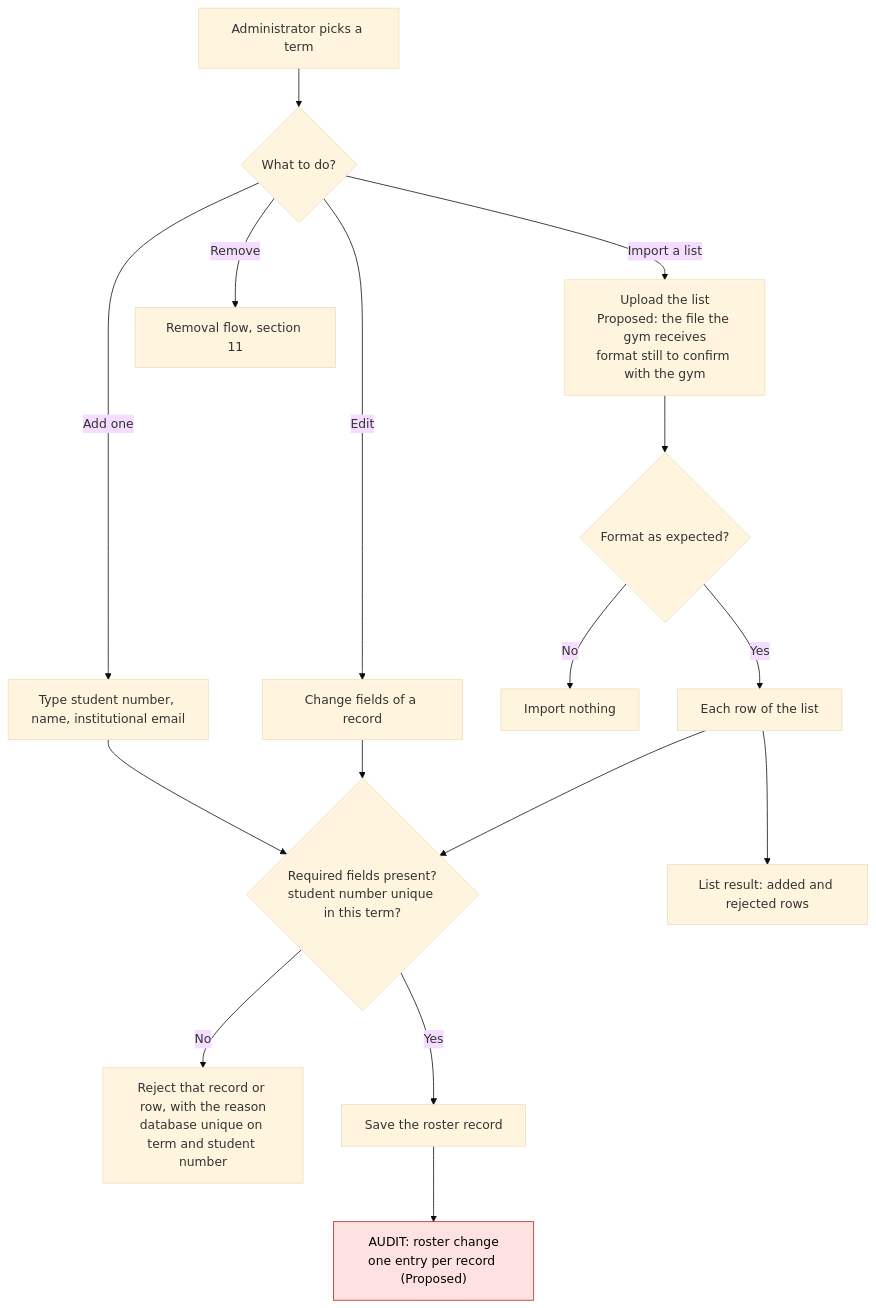
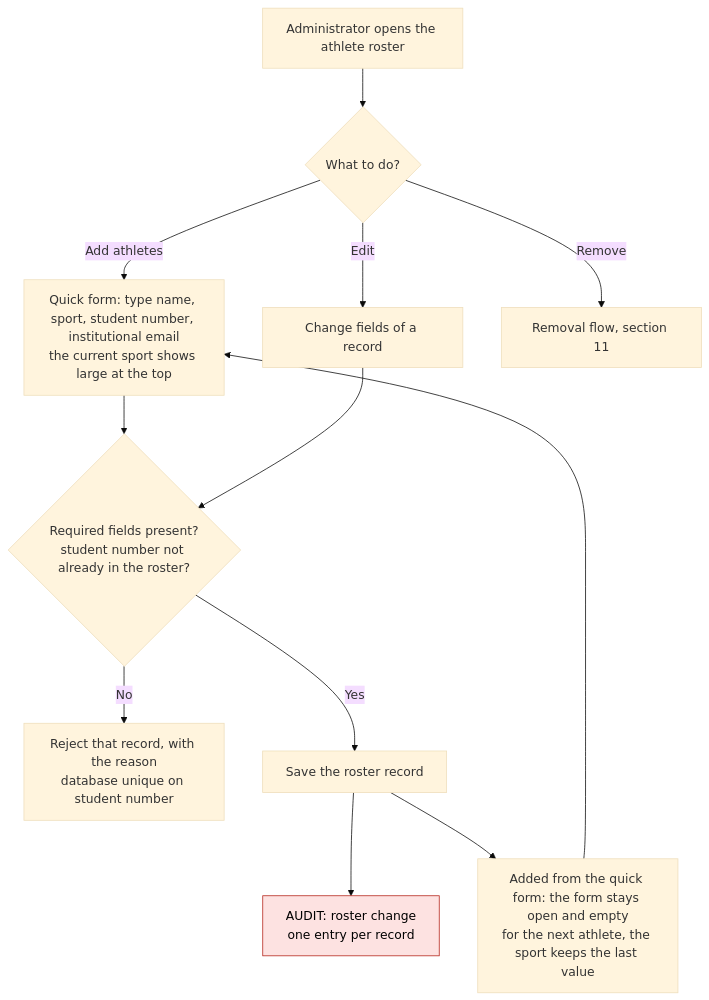
Before and after one commit to Th3-Minorities/natatorio-gym-app: the eighth of 17 diagrams in docs/design/admin-flows.md, drawn with Mermaid (base theme). The commit also changed other lines of this file and 13 other files, not shown here.

Commit message:
Record the Athletic Activities meeting decisions (E-114 to E-139) on main so the team plans from current docs before #13 merges

````diff
--- a/docs/design/admin-flows.md
+++ b/docs/design/admin-flows.md
@@ -307,21 +235,17 @@
 ```mermaid
 flowchart TD
-  A0["Administrator picks a term"] --> A1{"What to do?"}
-  A1 -->|"Add one"| A2["Type student number, name, institutional email"]
-  A1 -->|"Import a list"| A3["Upload the list<br/>Proposed: the file the gym receives<br/>format still to confirm with the gym"]
+  A0["Administrator opens the athlete roster"] --> A1{"What to do?"}
+  A1 -->|"Add athletes"| A2["Quick form: type name, sport, student number, institutional email<br/>the current sport shows large at the top"]
   A1 -->|"Edit"| A4["Change fields of a record"]
   A1 -->|"Remove"| A9["Removal flow, section 11"]
-  A3 --> A5{"Format as expected?"}
-  A5 -->|"No"| A6["Import nothing"]
-  A5 -->|"Yes"| A7["Each row of the list"]
-  A2 --> V1{"Required fields present?<br/>student number unique in this term?"}
+  A2 --> V1{"Required fields present?<br/>student number not already in the roster?"}
   A4 --> V1
-  A7 --> V1
-  V1 -->|"No"| V2["Reject that record or row, with the reason<br/>database unique on term and student number"]
+  V1 -->|"No"| V2["Reject that record, with the reason<br/>database unique on student number"]
   V1 -->|"Yes"| V3["Save the roster record"]
-  V3 --> AU["AUDIT: roster change<br/>one entry per record (Proposed)"]
-  A7 --> RL["List result: added and rejected rows"]
+  V3 --> AU["AUDIT: roster change<br/>one entry per record"]
+  V3 --> A3["Added from the quick form: the form stays open and empty<br/>for the next athlete, the sport keeps the last value"]
+  A3 --> A2
 
   classDef audit fill:#fde2e1,stroke:#b42318,color:#000
   class AU audit
 ```
````
